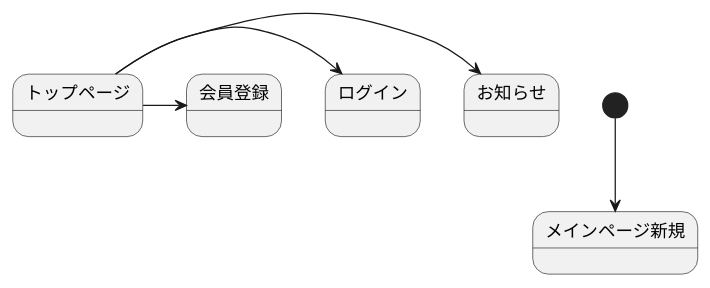
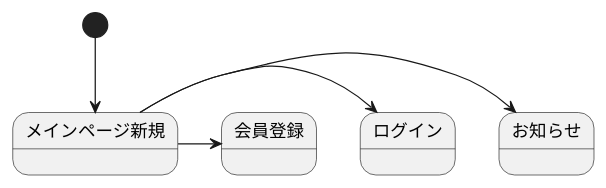
The diagram in 画面遷移図.md (Aso2001147/2021SystemDesign), drawn with PlantUML before and after one commit.

````diff
--- a/画面遷移図.md
+++ b/画面遷移図.md
@@ -1,10 +1,10 @@
 ```uml
 @startuml
 [*] --> メインページ新規
-トップページ -> お知らせ
-トップページ -> ログイン
-トップページ -> 会員登録
+メインページ新規 -> お知らせ
+メインページ新規 -> ログイン
+メインページ新規 -> 会員登録
 
 
 @enduml
 ```
````
